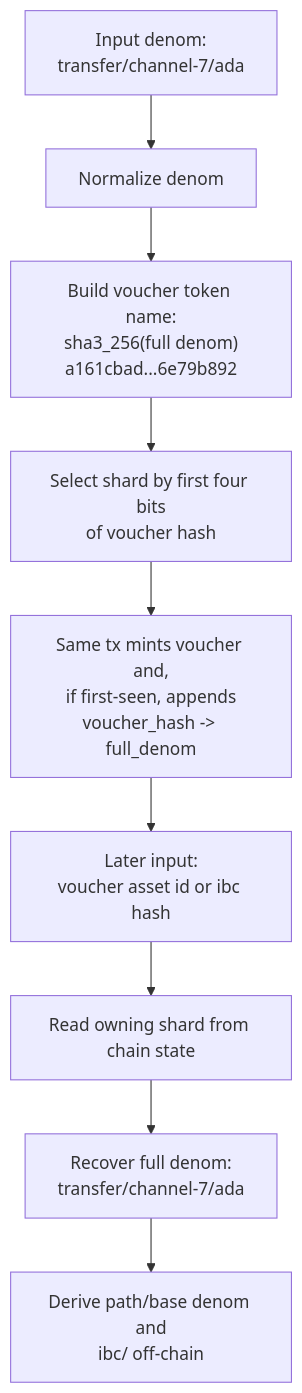
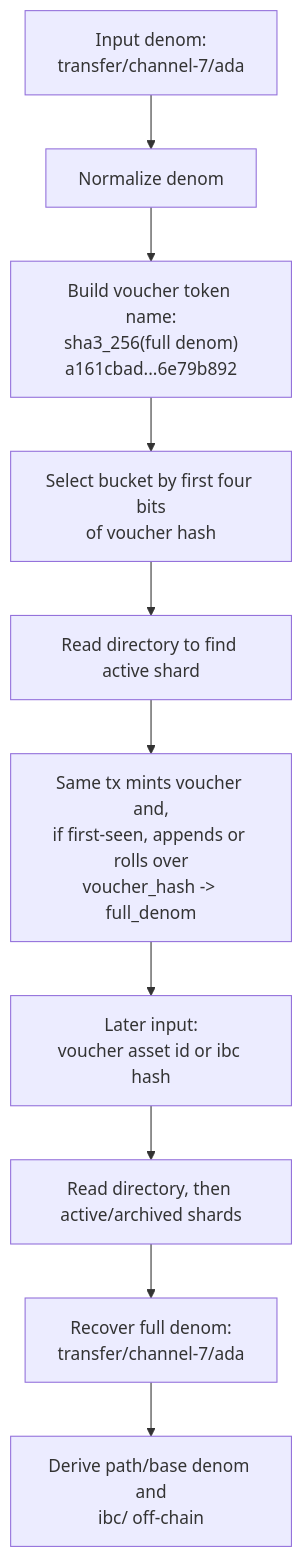
One commit to cardano-foundation/cardano-ibc-incubator changed the diagram in docs/denom-trace-mapping.md. Above: the diagram before and after it, drawn with Mermaid. The commit also changed other lines of this file and 14 other files, not shown here.

````diff
--- a/docs/denom-trace-mapping.md
+++ b/docs/denom-trace-mapping.md
@@ -12,11 +12,12 @@
 ```mermaid
 flowchart TB
   A["Input denom:<br/>transfer/channel-7/ada"] --> B["Normalize denom"]
   B --> C["Build voucher token name:<br/>sha3_256(full denom)<br/>a161cbad...6e79b892"]
-  C --> D["Select shard by first four bits<br/>of voucher hash"]
-  D --> E["Same tx mints voucher and,<br/>if first-seen, appends<br/>voucher_hash -> full_denom"]
-  E --> F["Later input:<br/>voucher asset id or ibc hash"]
-  F --> G["Read owning shard from chain state"]
-  G --> H["Recover full denom:<br/>transfer/channel-7/ada"]
-  H --> I["Derive path/base denom and<br/>ibc/<hash> off-chain"]
+  C --> D["Select bucket by first four bits<br/>of voucher hash"]
+  D --> E["Read directory to find active shard"]
+  E --> F["Same tx mints voucher and,<br/>if first-seen, appends or rolls over<br/>voucher_hash -> full_denom"]
+  F --> G["Later input:<br/>voucher asset id or ibc hash"]
+  G --> H["Read directory, then active/archived shards"]
+  H --> I["Recover full denom:<br/>transfer/channel-7/ada"]
+  I --> J["Derive path/base denom and<br/>ibc/<hash> off-chain"]
 ```
````
